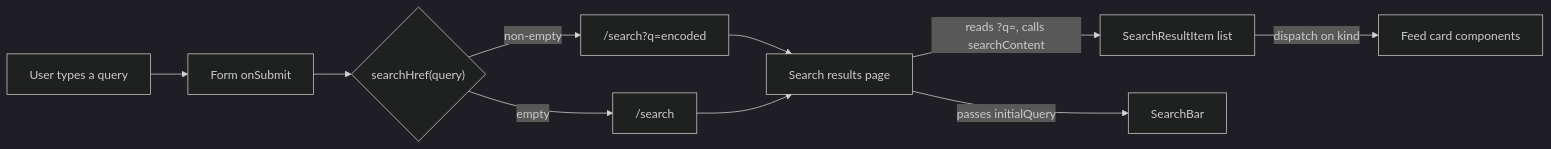
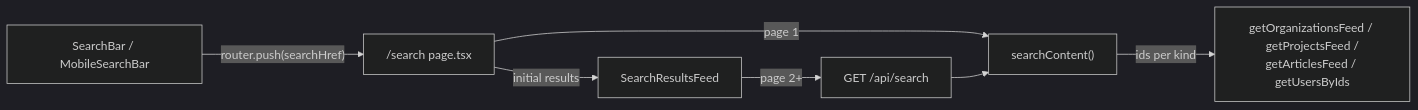
The diagram in src/content/docs/features/search.md (jackcasstlesjones/ozeaon-wiki), drawn with Mermaid (dark theme) before and after one commit. The commit also changed other lines of this file and 7 other files, not shown here.

````diff
--- a/src/content/docs/features/search.md
+++ b/src/content/docs/features/search.md
@@ -530,12 +26,9 @@
 ```mermaid
 flowchart LR
-    User["User types a query"] --> Submit["Form onSubmit"]
-    Submit --> Href{"searchHref(query)"}
-    Href -->|"non-empty"| WithQ["/search?q=encoded"]
-    Href -->|"empty"| Bare["/search"]
-    WithQ --> Page["Search results page"]
-    Bare --> Page
-    Page -->|"reads ?q=, calls searchContent"| Results["SearchResultItem list"]
-    Results -->|"dispatch on kind"| Cards["Feed card components"]
-    Page -->|"passes initialQuery"| SB["SearchBar"]
+    SB["SearchBar / MobileSearchBar"] -->|"router.push(searchHref)"| Page["/search page.tsx"]
+    Page -->|"page 1"| SC["searchContent()"]
+    Page -->|"initial results"| Feed["SearchResultsFeed"]
+    Feed -->|"page 2+"| API["GET /api/search"]
+    API --> SC
+    SC -->|"ids per kind"| Hydrate["getOrganizationsFeed / getProjectsFeed /<br/>getArticlesFeed / getUsersByIds"]
 ```
````
